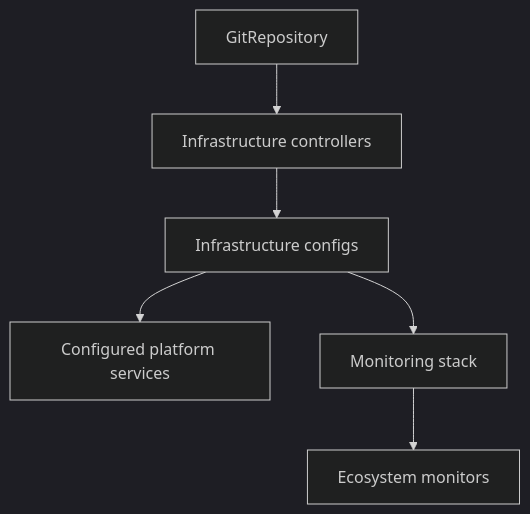
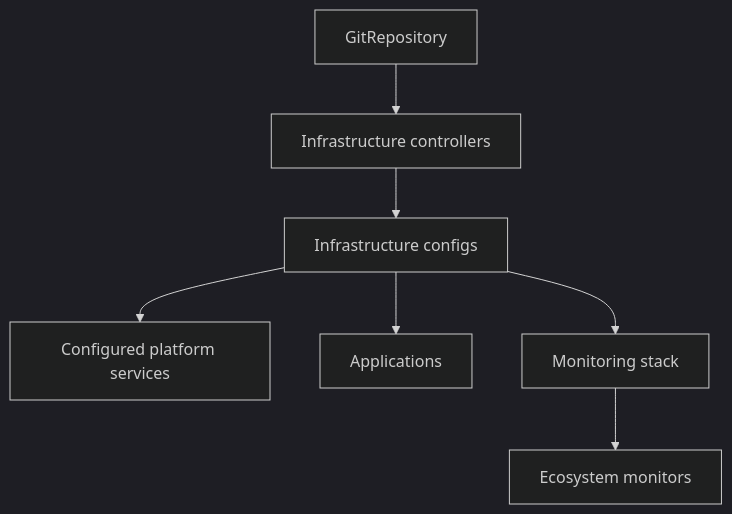
The diagram in docs/gitops/reconciliation.md (HYP3R00T/homelab), drawn with Mermaid (dark theme) before and after one commit. The commit also changed other lines of this file and 17 other files, not shown here.

````diff
--- a/docs/gitops/reconciliation.md
+++ b/docs/gitops/reconciliation.md
@@ -29,8 +30,9 @@
 ```mermaid
 flowchart TB
     Source[GitRepository] --> Controllers[Infrastructure controllers]
     Controllers --> Configs[Infrastructure configs]
     Configs --> Services[Configured platform services]
+    Configs --> Apps[Applications]
     Configs --> Monitoring[Monitoring stack]
     Monitoring --> Monitors[Ecosystem monitors]
 ```
````
